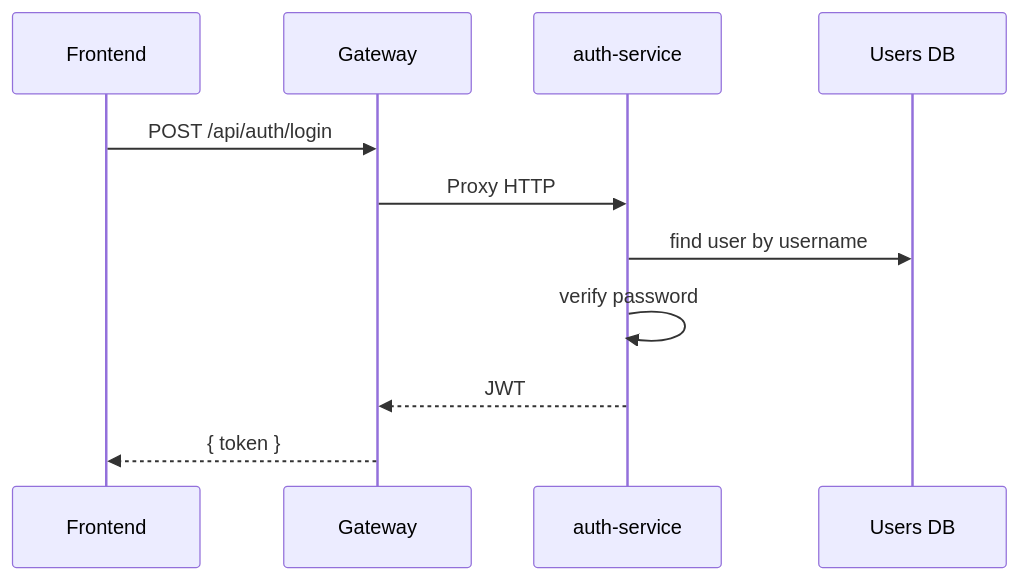
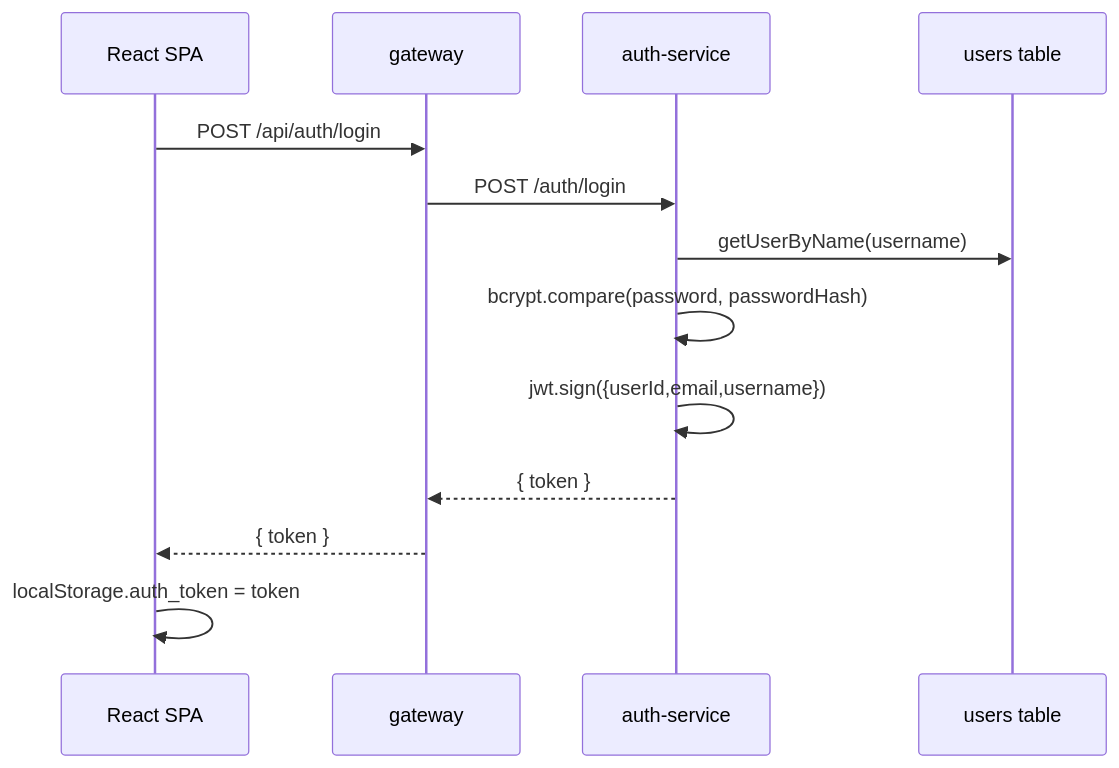
The second of 5 diagrams in docs/technical/architecture.md (Tres7/projet-archi-to-do-list), drawn with Mermaid before and after one commit. The commit also changed other lines of this file and 9 other files, not shown here.

````diff
--- a/docs/technical/architecture.md
+++ b/docs/technical/architecture.md
@@ -144,14 +262,16 @@
 ```mermaid
 sequenceDiagram
-    participant UI as Frontend
-    participant GW as Gateway
+    participant UI as React SPA
+    participant GW as gateway
     participant AUTH as auth-service
-    participant DB as Users DB
+    participant DB as users table
 
     UI->>GW: POST /api/auth/login
-    GW->>AUTH: Proxy HTTP
-    AUTH->>DB: find user by username
-    AUTH->>AUTH: verify password
-    AUTH-->>GW: JWT
+    GW->>AUTH: POST /auth/login
+    AUTH->>DB: getUserByName(username)
+    AUTH->>AUTH: bcrypt.compare(password, passwordHash)
+    AUTH->>AUTH: jwt.sign({userId,email,username})
+    AUTH-->>GW: { token }
     GW-->>UI: { token }
+    UI->>UI: localStorage.auth_token = token
 ```
````
